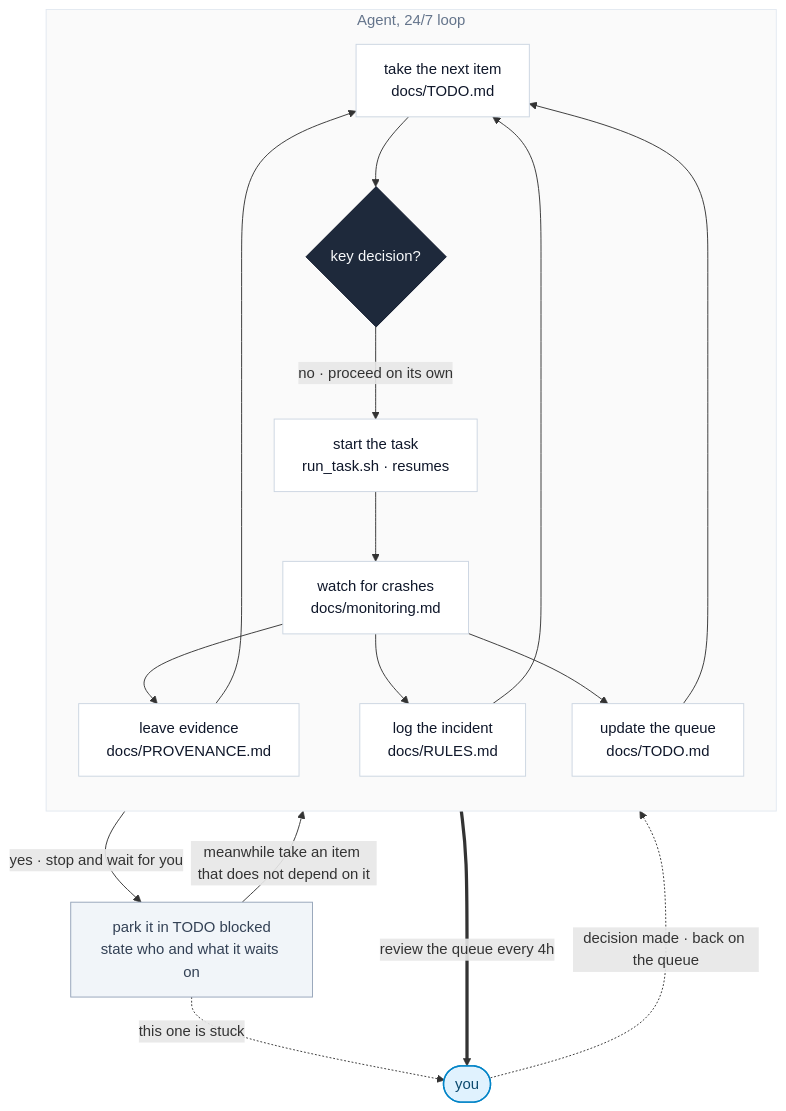
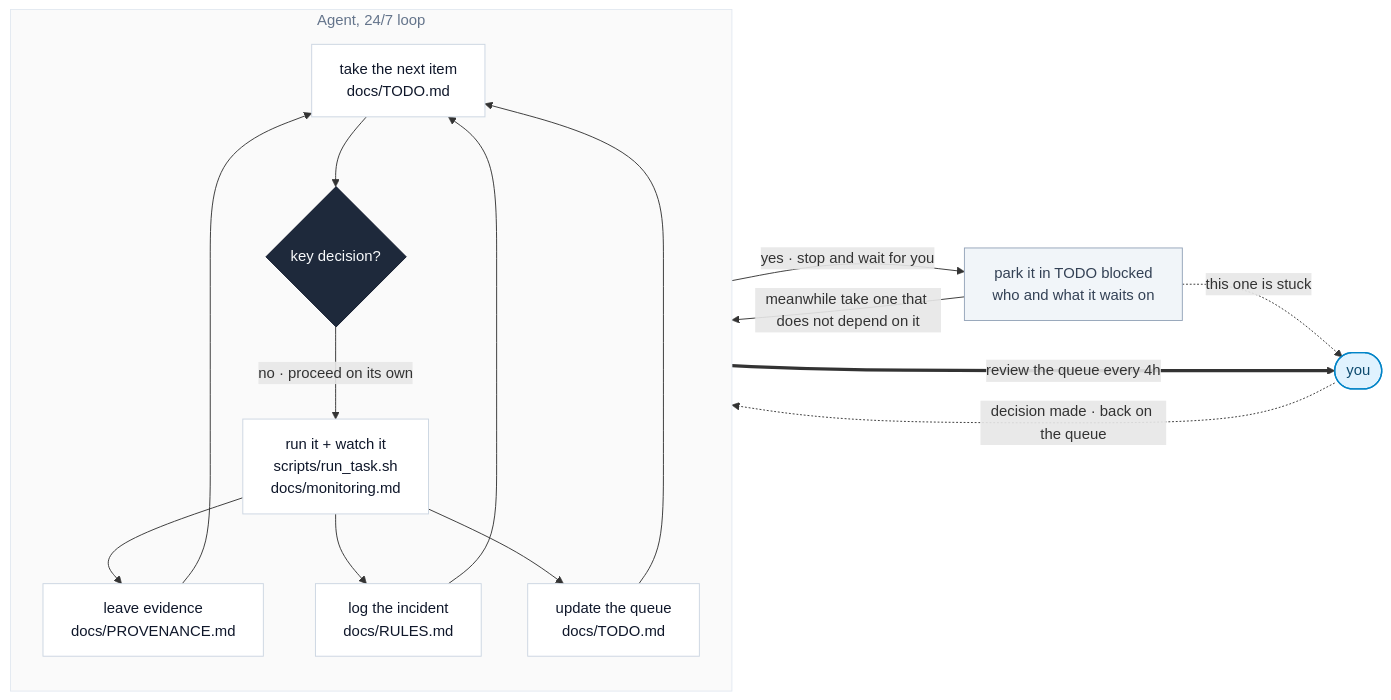
The diagram in README.en.md (hashiruu/agent-experiment), drawn with Mermaid before and after one commit. The commit also changed other lines of this file and 1 other file, not shown here.

Commit message:
Landscape diagram, language badges, tighter warning

````diff
--- a/README.en.md
+++ b/README.en.md
@@ -32,38 +33,35 @@
 ```mermaid
-flowchart TB
+flowchart LR
     subgraph LOOP["Agent, 24/7 loop"]
         direction TB
         T1["take the next item<br/>docs/TODO.md"]
         D{"key decision?"}
-        T2["start the task<br/>run_task.sh · resumes"]
-        T3["watch for crashes<br/>docs/monitoring.md"]
+        T2["run it + watch it<br/>scripts/run_task.sh<br/>docs/monitoring.md"]
         PV["leave evidence<br/>docs/PROVENANCE.md"]
         RL["log the incident<br/>docs/RULES.md"]
         TD["update the queue<br/>docs/TODO.md"]
         T1 --> D
         D -->|"no · proceed on its own"| T2
-        T2 --> T3
-        T3 --> PV
-        T3 --> RL
-        T3 --> TD
+        T2 --> PV
+        T2 --> RL
+        T2 --> TD
         PV --> T1
         RL --> T1
         TD --> T1
     end
-
-    D -->|"yes · stop and wait for you"| W["park it in TODO blocked<br/>state who and what it waits on"]
-    W -->|"meanwhile take an item that does not depend on it"| T1
+    D -->|"yes · stop and wait for you"| W["park it in TODO blocked<br/>who and what it waits on"]
+    W -->|"meanwhile take one that does not depend on it"| T1
     W -.->|"this one is stuck"| HU
     HU(["you"]) -.->|"decision made · back on the queue"| T1
     TD ==>|"review the queue every 4h"| HU
 
     classDef step fill:#FFFFFF,stroke:#CBD5E1,stroke-width:1px,color:#0F172A
     classDef gate fill:#1E293B,stroke:#0F172A,stroke-width:1px,color:#F8FAFC
     classDef side fill:#F1F5F9,stroke:#94A3B8,stroke-width:1px,color:#334155
     classDef human fill:#E0F2FE,stroke:#0284C7,stroke-width:1.5px,color:#0C4A6E
-    class T1,T2,T3,PV,RL,TD step
+    class T1,T2,PV,RL,TD step
     class D gate
     class W side
     class HU human
     style LOOP fill:#FAFAFA,stroke:#E2E8F0,color:#64748B
 ```
````
